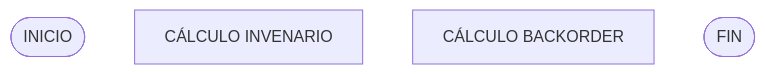
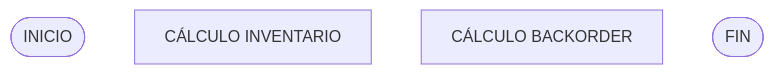
Before and after one commit to Servidor-MX1-Producto/FORECAST_LUXOTTICA: the first of 4 diagrams in README.md, drawn with Mermaid. The commit also changed other lines of this file, not shown here.

````diff
--- a/README.md
+++ b/README.md
@@ -47,7 +47,7 @@
 ```mermaid
 graph TD
     A([INICIO]) 
-    B[CÁLCULO INVENARIO]
+    B[CÁLCULO INVENTARIO]
     C[CÁLCULO BACKORDER]
     D([FIN])
 ```
````
